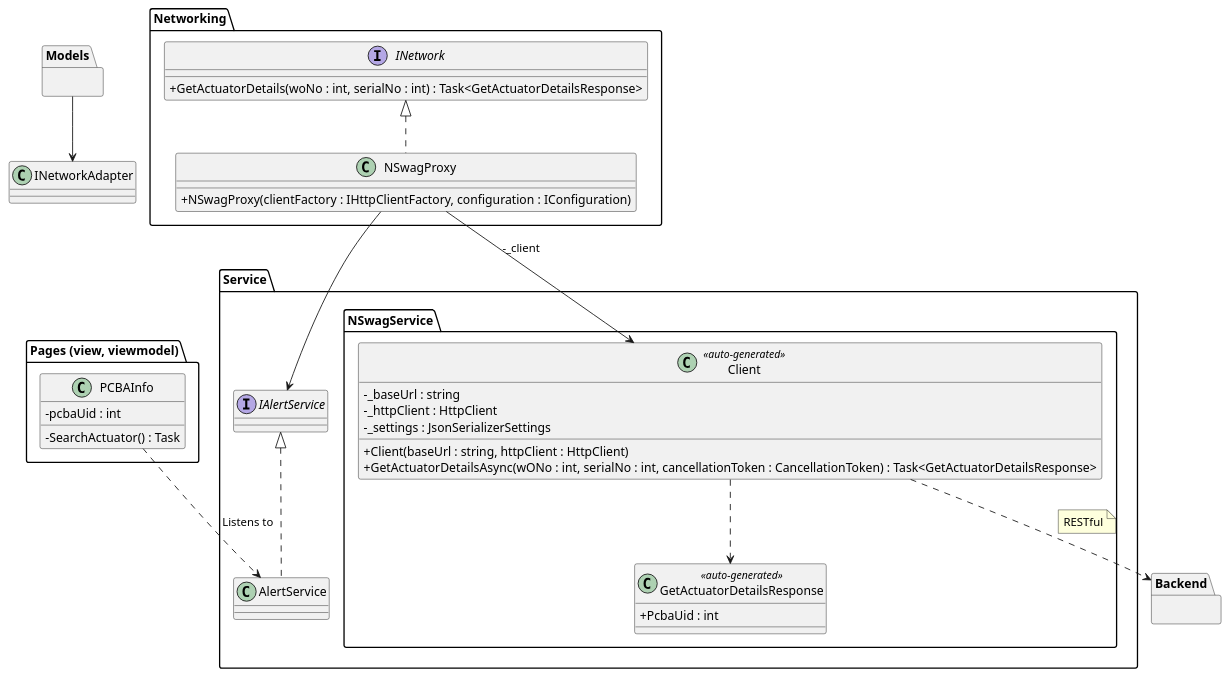
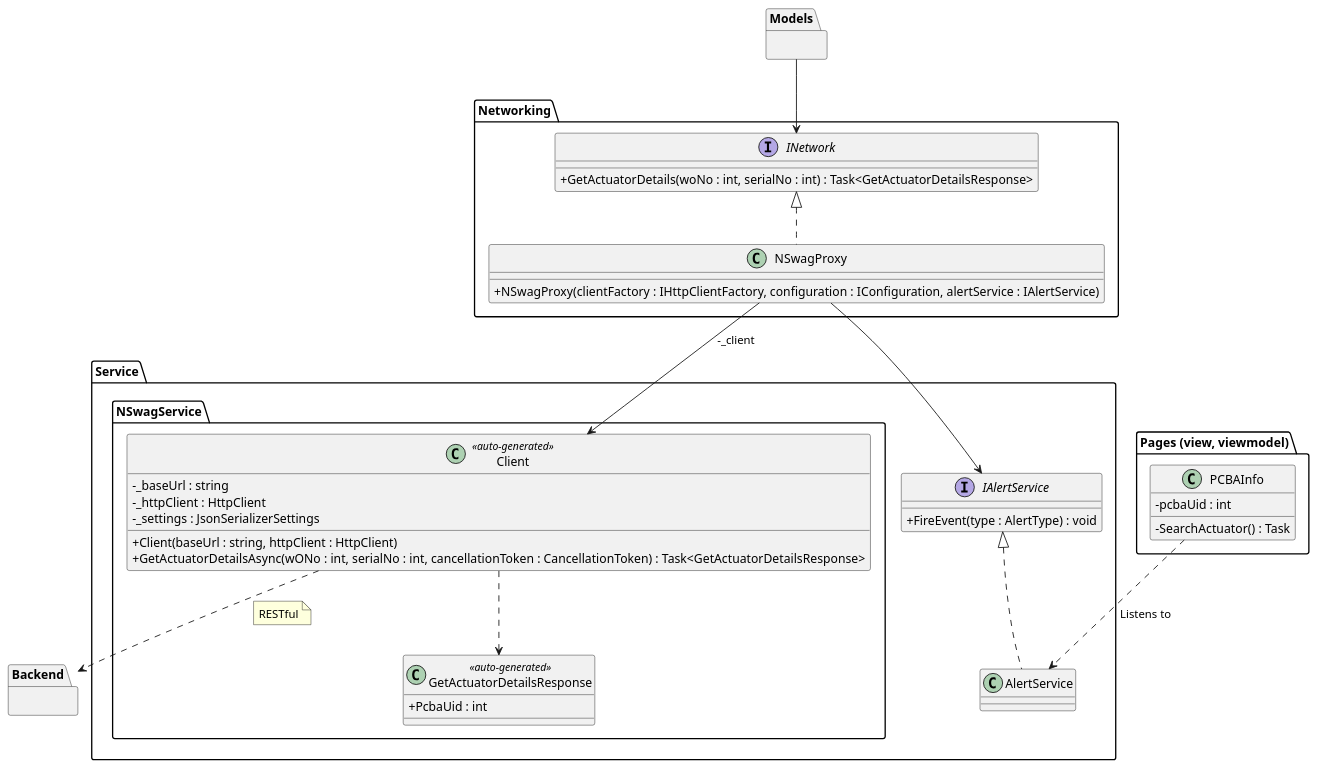
The diagram in Docs/FronendNetworking.puml (BastianVIA/BPR), drawn with PlantUML before and after one commit.

Commit message:
docs(1): Fixing diagram

```diff
--- a/Docs/FronendNetworking.puml
+++ b/Docs/FronendNetworking.puml
@@ -1,67 +1,68 @@
 @startuml
 skinparam classAttributeIconSize 0
 
 package Networking {
     interface INetwork {
         +GetActuatorDetails(woNo : int, serialNo : int) : Task<GetActuatorDetailsResponse>
     }
     
     class NSwagProxy {
-        +NSwagProxy(clientFactory : IHttpClientFactory, configuration : IConfiguration)
+        +NSwagProxy(clientFactory : IHttpClientFactory, configuration : IConfiguration, alertService : IAlertService)
     }
     
     INetwork <|.. NSwagProxy
 }
 package "Pages (view, viewmodel)" {
     class PCBAInfo {
         -pcbaUid : int
         -SearchActuator() : Task
     }
 }
 
 package Models {
 
 }
 
 
 package "Service" {
     package "NSwagService" {
         class Client <<auto-generated>> {
             -_baseUrl : string
             -_httpClient : HttpClient
             -_settings : JsonSerializerSettings      
             +Client(baseUrl : string, httpClient : HttpClient) 
             +GetActuatorDetailsAsync(wONo : int, serialNo : int, cancellationToken : CancellationToken) : Task<GetActuatorDetailsResponse>
         }
         
         class GetActuatorDetailsResponse <<auto-generated>> {
             +PcbaUid : int
         }
         
         Client ..> GetActuatorDetailsResponse
     }
     
     class AlertService {
             
             }
     interface IAlertService {
+        + FireEvent(type : AlertType) : void
     }
     
     IAlertService <|.. AlertService
 }
 
-Models --> INetworkAdapter
+Models --> INetwork
 NSwagProxy --> Client : -_client
 NSwagProxy --> IAlertService
 PCBAInfo ..> AlertService : Listens to
 
 package Backend{
 
 }
 
 Client ..> Backend
 note right on link
     RESTful
 end note
 
 @enduml
```
